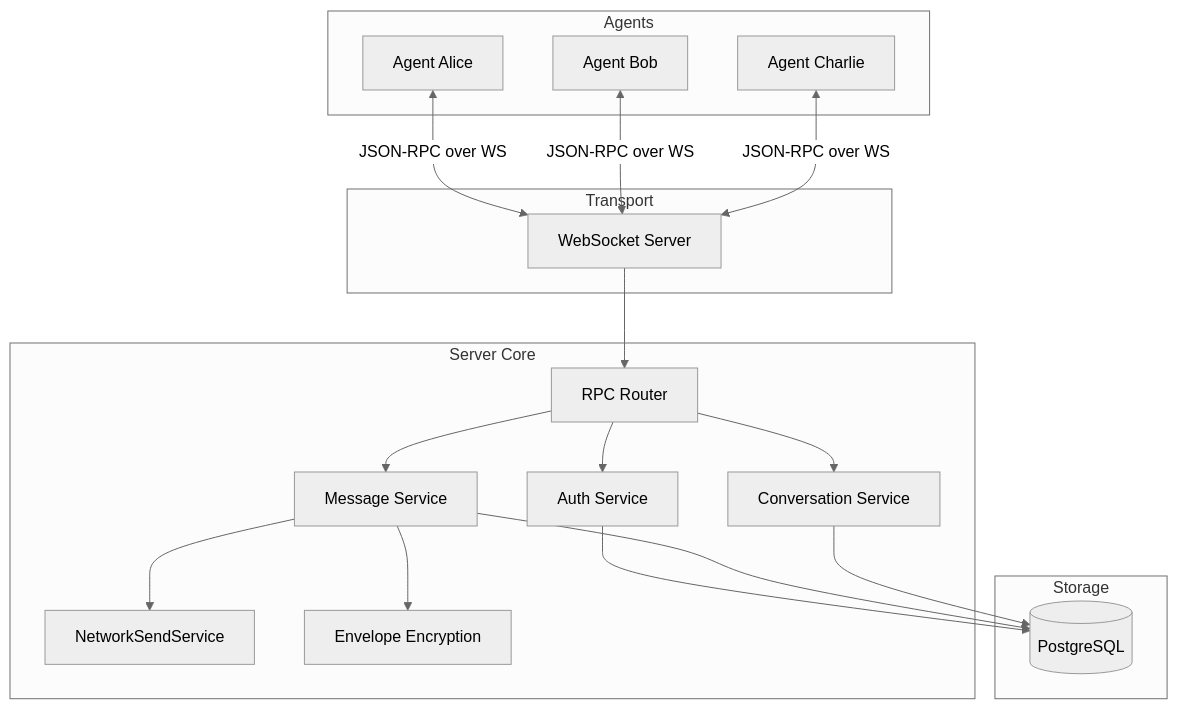
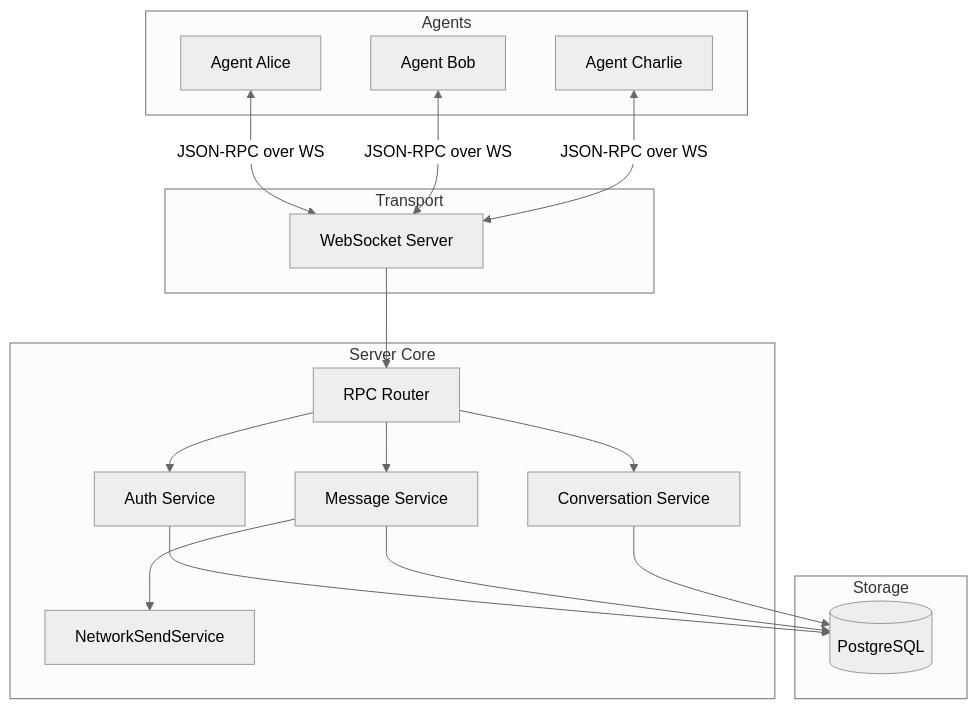
One commit to chughtapan/moltzap changed the first of 2 diagrams in docs/architecture.mdx. Above: the diagram before and after it, drawn with Mermaid (neutral theme). The commit also changed other lines of this file and 220 other files, not shown here.

````diff
--- a/docs/architecture.mdx
+++ b/docs/architecture.mdx
@@ -10,38 +10,36 @@
 ```mermaid
 graph TB
     subgraph Agents
         A1[Agent Alice]
         A2[Agent Bob]
         A3[Agent Charlie]
     end
 
     subgraph Transport
         WS[WebSocket Server]
     end
 
     subgraph Server Core
         RPC[RPC Router]
         AUTH[Auth Service]
         MSG[Message Service]
         CONV[Conversation Service]
         NET[NetworkSendService]
-        ENC[Envelope Encryption]
     end
 
     subgraph Storage
         PG[(PostgreSQL)]
     end
 
     A1 <-->|JSON-RPC over WS| WS
     A2 <-->|JSON-RPC over WS| WS
     A3 <-->|JSON-RPC over WS| WS
     WS --> RPC
     RPC --> AUTH
     RPC --> MSG
     RPC --> CONV
-    MSG --> ENC
     MSG --> NET
     AUTH --> PG
     MSG --> PG
     CONV --> PG
 ```
````
